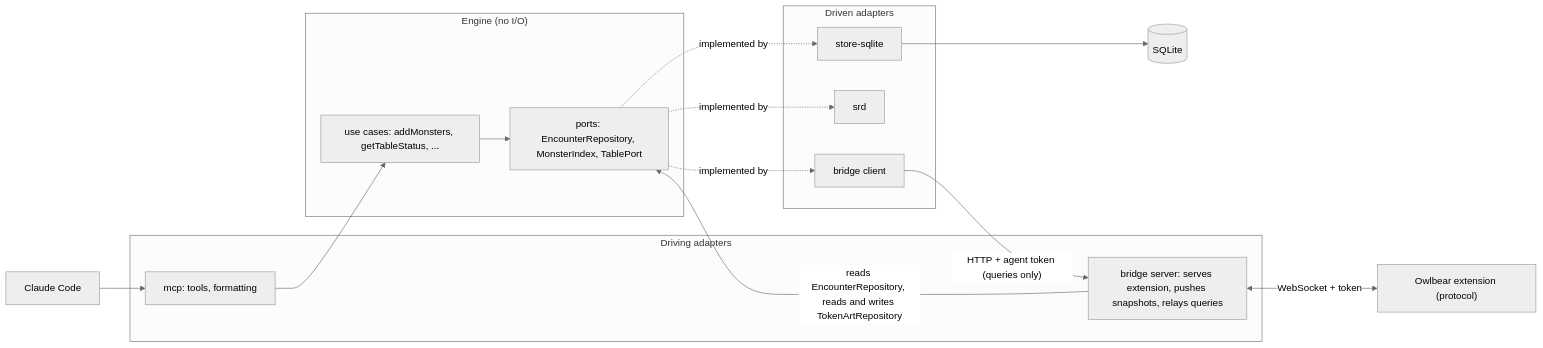
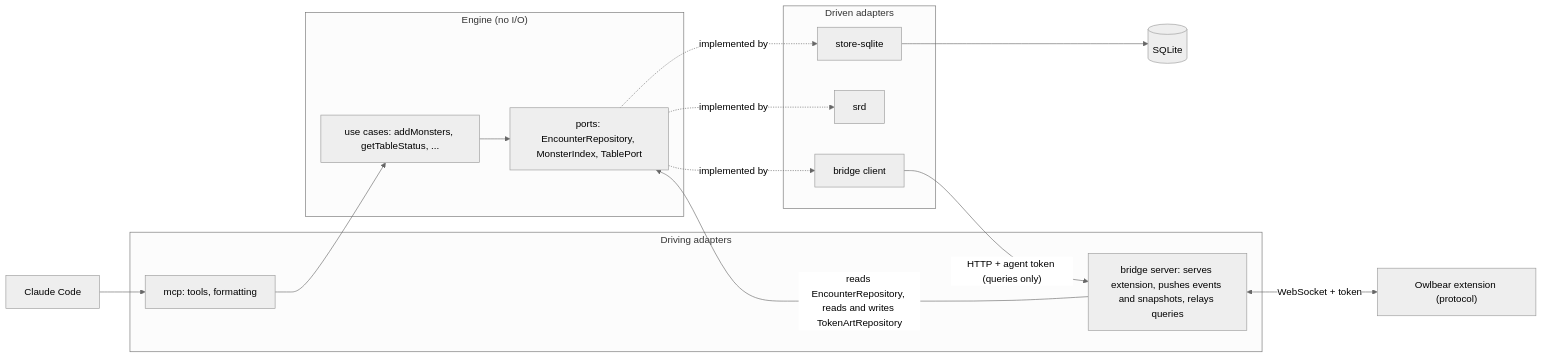
Before and after one commit to askrzypczak/ttrpg-agents: the first of 2 diagrams in docs/architecture.md, drawn with Mermaid (neutral theme). The commit also changed other lines of this file and 36 other files, not shown here.

First line of the commit message:
feat: bridge broadcasts the change log as ordered encounter-events with seq; snapshot only on connect, gap or command answer (#224) (#229)

````diff
--- a/docs/architecture.md
+++ b/docs/architecture.md
@@ -7,26 +7,26 @@
 ```mermaid
 flowchart LR
   claude["Claude Code"] --> mcp
   subgraph driving["Driving adapters"]
     mcp["mcp: tools, formatting"]
-    bsrv["bridge server: serves extension, pushes snapshots, relays queries"]
+    bsrv["bridge server: serves extension, pushes events and snapshots, relays queries"]
   end
   subgraph core["Engine (no I/O)"]
     uc["use cases: addMonsters, getTableStatus, ..."]
     ports["ports: EncounterRepository, MonsterIndex, TablePort"]
   end
   subgraph driven["Driven adapters"]
     store["store-sqlite"]
     srd["srd"]
     bclient["bridge client"]
   end
   mcp --> uc
   bsrv -->|"reads EncounterRepository, reads and writes TokenArtRepository"| ports
   uc --> ports
   ports -.implemented by.-> store
   ports -.implemented by.-> srd
   ports -.implemented by.-> bclient
   store --> db[("SQLite")]
   bclient -->|"HTTP + agent token (queries only)"| bsrv
   bsrv <-->|"WebSocket + token"| ext["Owlbear extension (protocol)"]
 ```
````
